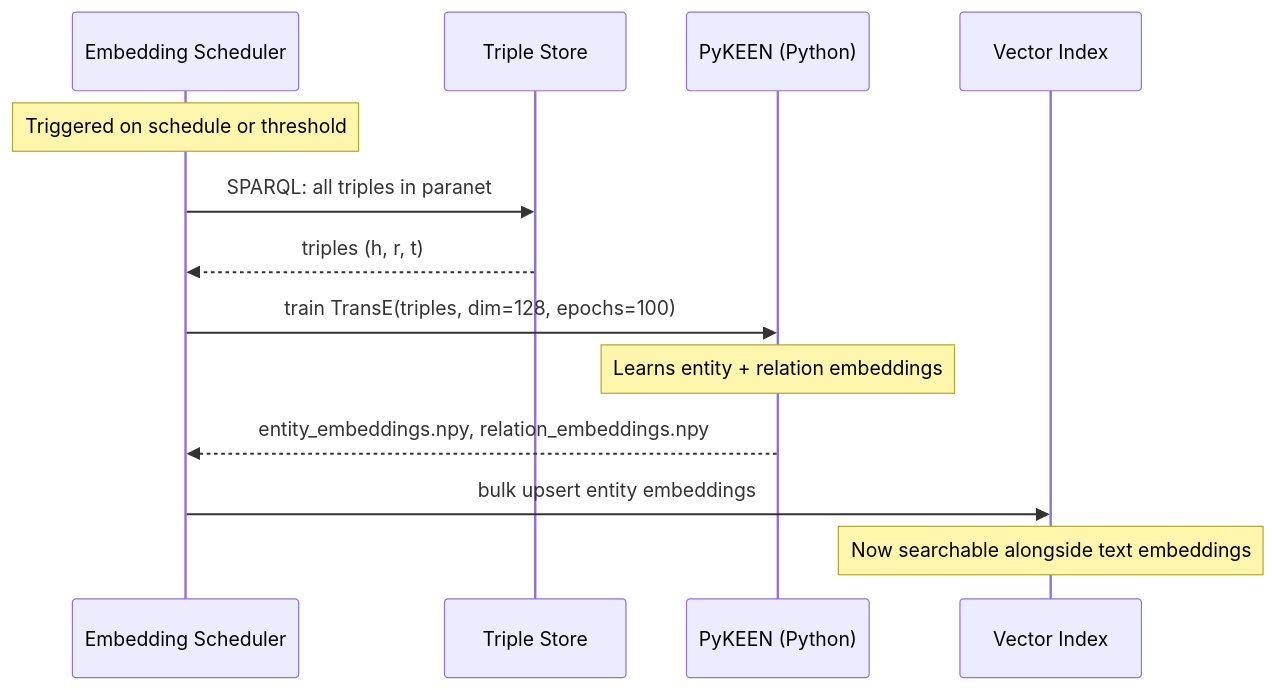
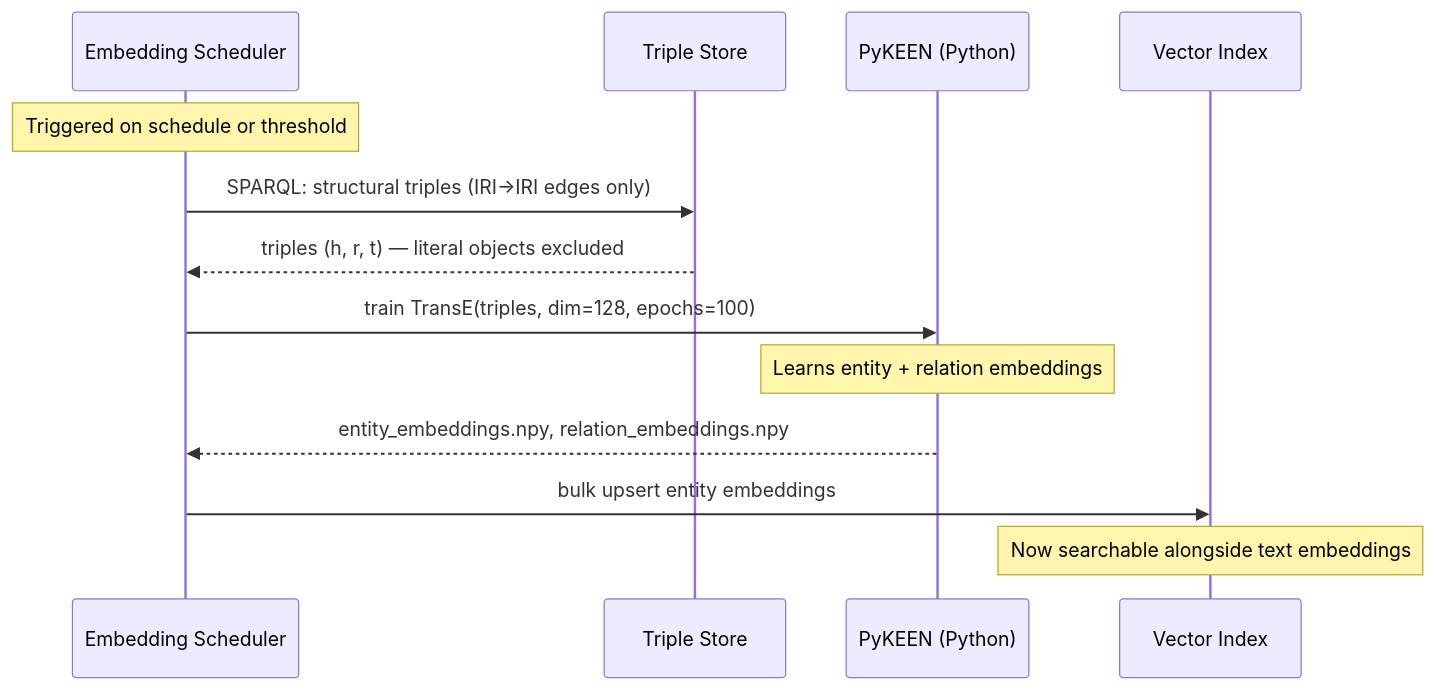
One commit to OriginTrail/dkg-v9 changed the fifth of 7 diagrams in docs/plans/PLAN_SEMANTIC_SEARCH_AND_GRAPH_EMBEDDINGS.md. Above: the diagram before and after it, drawn with Mermaid. The commit also changed other lines of this file, not shown here.

First line of the commit message:
docs: address round 3 — composite key, structural triples, PyKEEN API

````diff
--- a/docs/plans/PLAN_SEMANTIC_SEARCH_AND_GRAPH_EMBEDDINGS.md
+++ b/docs/plans/PLAN_SEMANTIC_SEARCH_AND_GRAPH_EMBEDDINGS.md
@@ -319,18 +320,18 @@
 ```mermaid
 sequenceDiagram
     participant Scheduler as Embedding Scheduler
     participant Store as Triple Store
     participant PyKEEN as PyKEEN (Python)
     participant VecIndex as Vector Index
 
     Note over Scheduler: Triggered on schedule or threshold
-    Scheduler->>Store: SPARQL: all triples in paranet
-    Store-->>Scheduler: triples (h, r, t)
+    Scheduler->>Store: SPARQL: structural triples (IRI→IRI edges only)
+    Store-->>Scheduler: triples (h, r, t) — literal objects excluded
     
     Scheduler->>PyKEEN: train TransE(triples, dim=128, epochs=100)
     Note over PyKEEN: Learns entity + relation embeddings
     PyKEEN-->>Scheduler: entity_embeddings.npy, relation_embeddings.npy
     
     Scheduler->>VecIndex: bulk upsert entity embeddings
     Note over VecIndex: Now searchable alongside text embeddings
 ```
````
